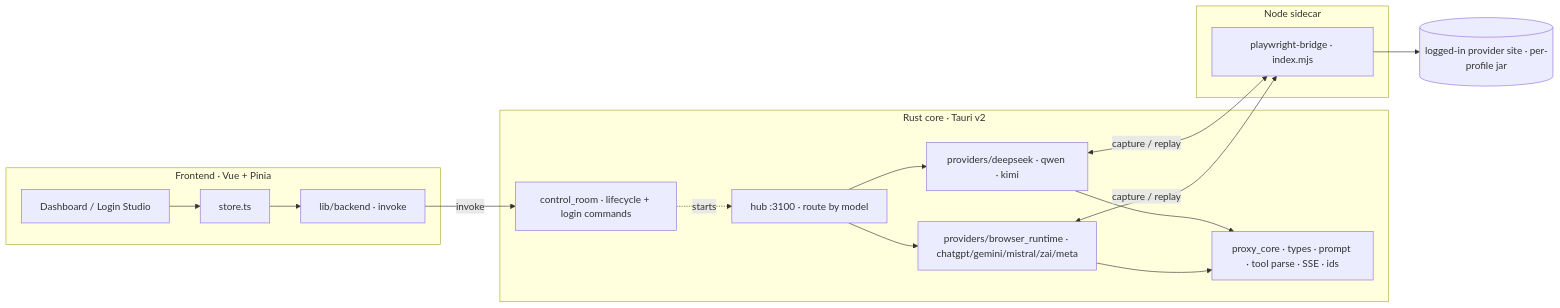
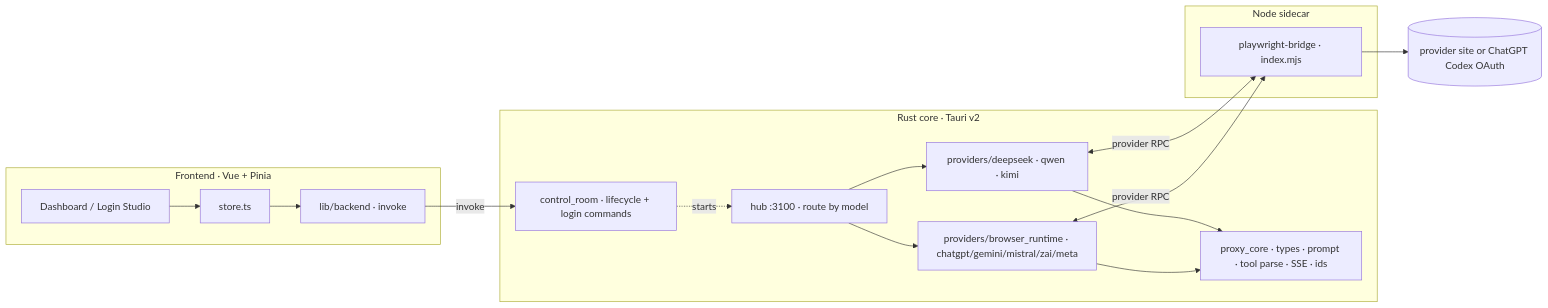
Before and after one commit to SobralCybersec/RustProxyHub: the second of 7 diagrams in README.md, drawn with Mermaid. The commit also changed other lines of this file and 18 other files, not shown here.

````diff
--- a/README.md
+++ b/README.md
@@ -200,26 +200,26 @@
 ```mermaid
 flowchart LR
     subgraph FE[Frontend · Vue + Pinia]
       UI[Dashboard / Login Studio] --> ST[store.ts]
       ST --> INV[lib/backend · invoke]
     end
 
     subgraph BE[Rust core · Tauri v2]
       CR[control_room · lifecycle + login commands]
       HUB[hub :3100 · route by model]
       P1[providers/deepseek · qwen · kimi]
       P2[providers/browser_runtime · chatgpt/gemini/mistral/zai/meta]
       CORE[proxy_core · types · prompt · tool parse · SSE · ids]
     end
 
     subgraph BR[Node sidecar]
       PW[playwright-bridge · index.mjs]
     end
 
     INV -->|invoke| CR
     CR -.starts.-> HUB
     HUB --> P1 & P2
     P1 & P2 --> CORE
-    P1 & P2 <-->|capture / replay| PW
-    PW --> WEB[(logged-in provider site · per-profile jar)]
+    P1 & P2 <-->|provider RPC| PW
+    PW --> WEB[(provider site or ChatGPT Codex OAuth)]
 ```
````
